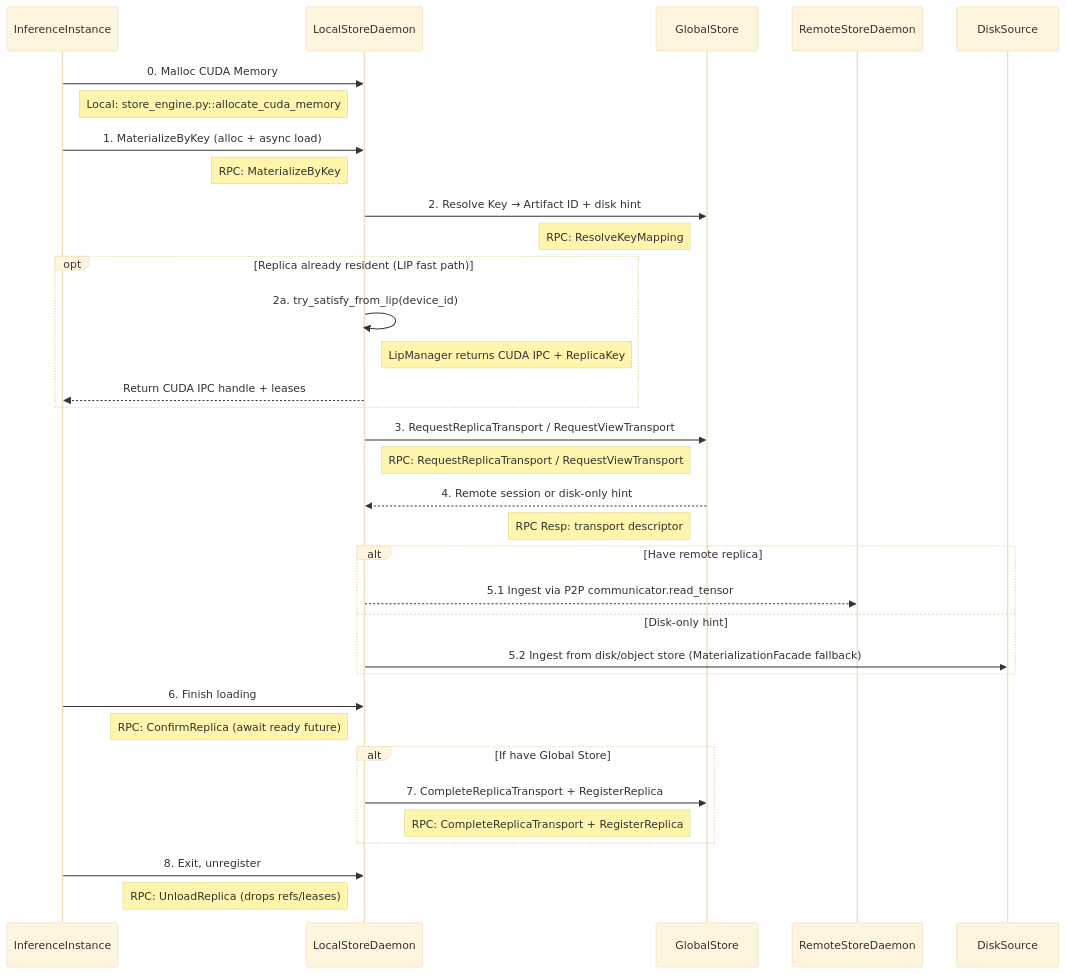
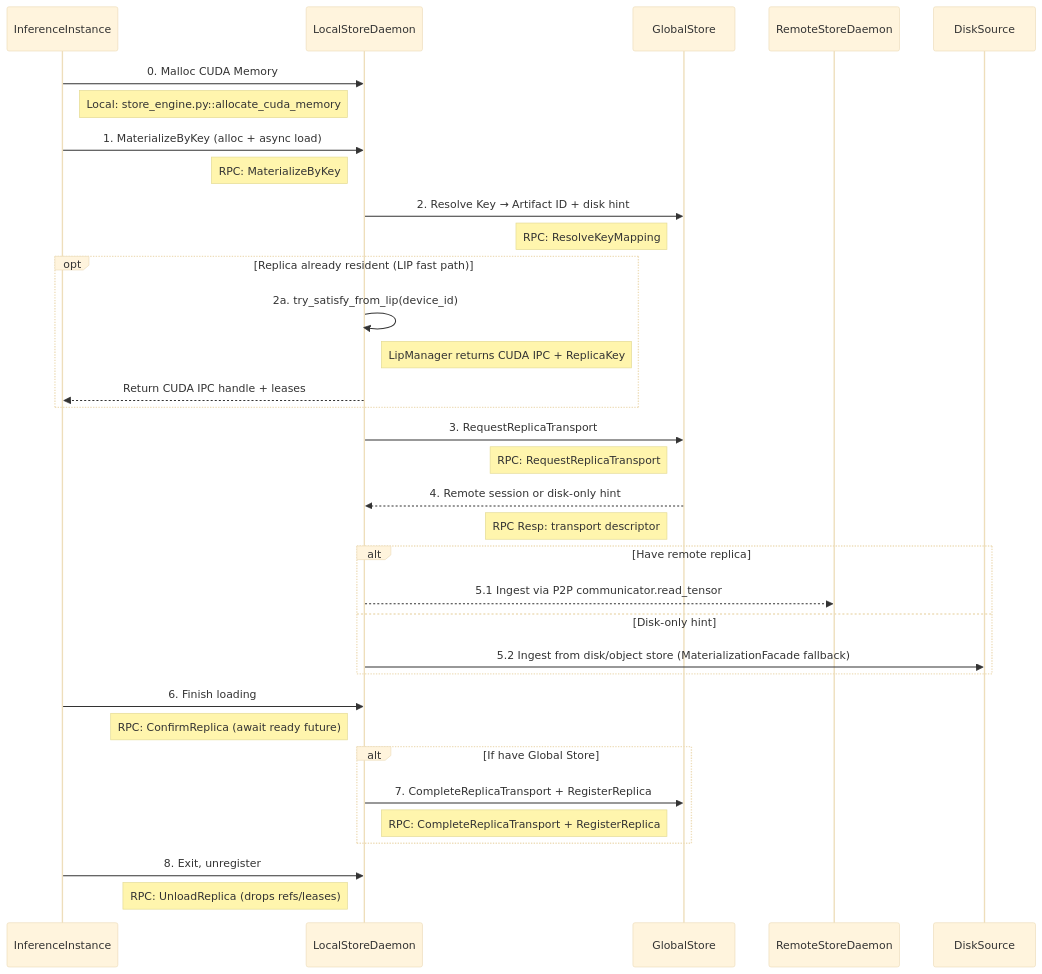
Before and after one commit to tensorcast-ai/tensorcast: the diagram in docs/internals/model-loading.md, drawn with Mermaid (base theme). The commit also changed other lines of this file, not shown here.

Commit message:
docs(global-store): remove stale RequestViewTransport references

````diff
--- a/docs/internals/model-loading.md
+++ b/docs/internals/model-loading.md
@@ -43,45 +43,45 @@
 ```mermaid
 sequenceDiagram
     participant InferenceInstance
     participant LocalStoreDaemon
     participant GlobalStore
     participant RemoteStoreDaemon
     participant DiskSource
 
     InferenceInstance->>LocalStoreDaemon: 0. Malloc CUDA Memory
     Note right of InferenceInstance: Local: store_engine.py::allocate_cuda_memory
 
     InferenceInstance->>LocalStoreDaemon: 1. MaterializeByKey (alloc + async load)
     Note left of LocalStoreDaemon: RPC: MaterializeByKey
 
     LocalStoreDaemon->>GlobalStore: 2. Resolve Key → Artifact ID + disk hint
     Note left of GlobalStore: RPC: ResolveKeyMapping
 
     opt Replica already resident (LIP fast path)
         LocalStoreDaemon->>LocalStoreDaemon: 2a. try_satisfy_from_lip(device_id)
         Note right of LocalStoreDaemon: LipManager returns CUDA IPC + ReplicaKey
         LocalStoreDaemon-->>InferenceInstance: Return CUDA IPC handle + leases
     end
 
-    LocalStoreDaemon->>GlobalStore: 3. RequestReplicaTransport / RequestViewTransport
-    Note left of GlobalStore: RPC: RequestReplicaTransport / RequestViewTransport
+    LocalStoreDaemon->>GlobalStore: 3. RequestReplicaTransport
+    Note left of GlobalStore: RPC: RequestReplicaTransport
     GlobalStore-->>LocalStoreDaemon: 4. Remote session or disk-only hint
     Note left of GlobalStore: RPC Resp: transport descriptor
 
     alt Have remote replica
         LocalStoreDaemon-->>RemoteStoreDaemon: 5.1 Ingest via P2P communicator.read_tensor
     else Disk-only hint
         LocalStoreDaemon->>DiskSource: 5.2 Ingest from disk/object store (MaterializationFacade fallback)
     end
 
     InferenceInstance->>LocalStoreDaemon: 6. Finish loading
     Note left of LocalStoreDaemon: RPC: ConfirmReplica (await ready future)
 
     alt If have Global Store
         LocalStoreDaemon->>GlobalStore: 7. CompleteReplicaTransport + RegisterReplica
         Note left of GlobalStore: RPC: CompleteReplicaTransport + RegisterReplica
     end
 
     InferenceInstance->>LocalStoreDaemon: 8. Exit, unregister
     Note left of LocalStoreDaemon: RPC: UnloadReplica (drops refs/leases)
 ```
````
